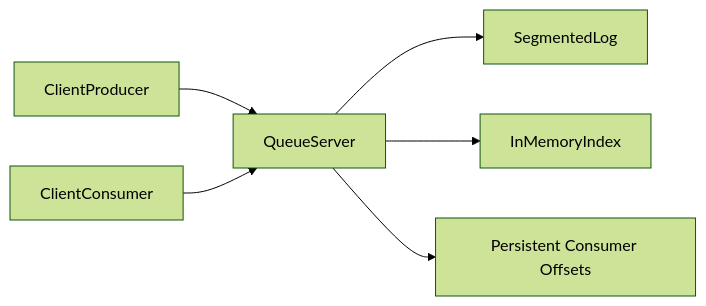
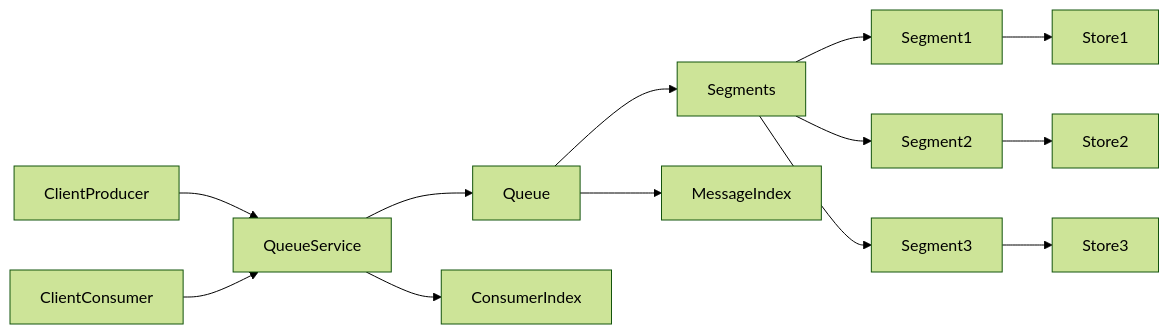
One commit to ashishkujoy/goqueue changed the diagram in arch.md. Above: the diagram before and after it, drawn with Mermaid (forest theme).

Commit message:
Updates architecture

````diff
--- a/arch.md
+++ b/arch.md
@@ -9,8 +9,12 @@
 ```mermaid
 graph LR
-    ClientProducer --> QueueServer
-    ClientConsumer --> QueueServer
-    QueueServer --> SegmentedLog
-    QueueServer --> InMemoryIndex
-    QueueServer --> PersistentStorage[Persistent Consumer Offsets]
+    ClientProducer --> QueueService
+    ClientConsumer --> QueueService
+    Segments --> Segment1 --> Store1
+    Segments --> Segment2 --> Store2
+    Segments --> Segment3 --> Store3
+    Queue --> Segments
+    Queue --> MessageIndex
+    QueueService --> Queue
+    QueueService --> ConsumerIndex
 ```
````
